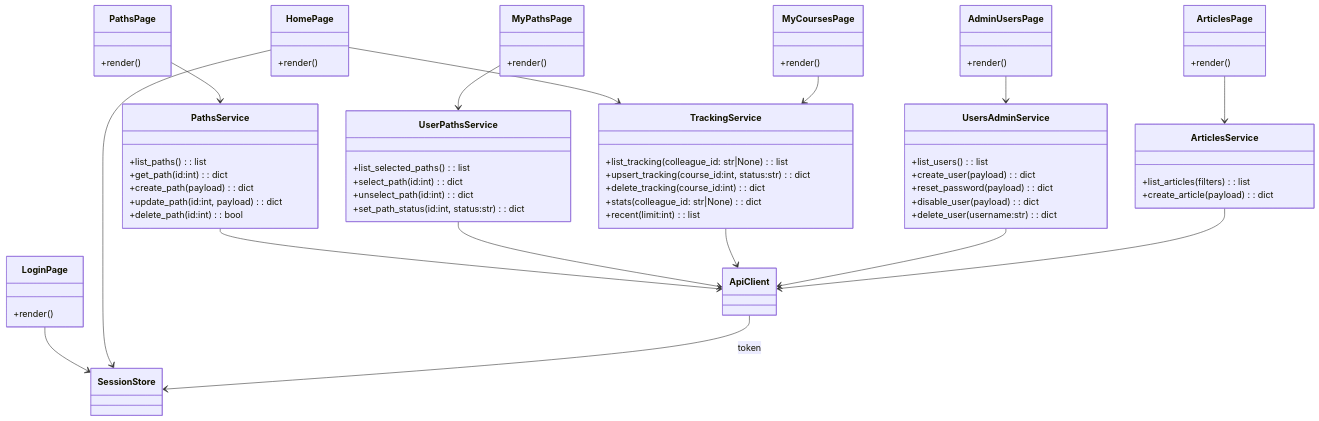
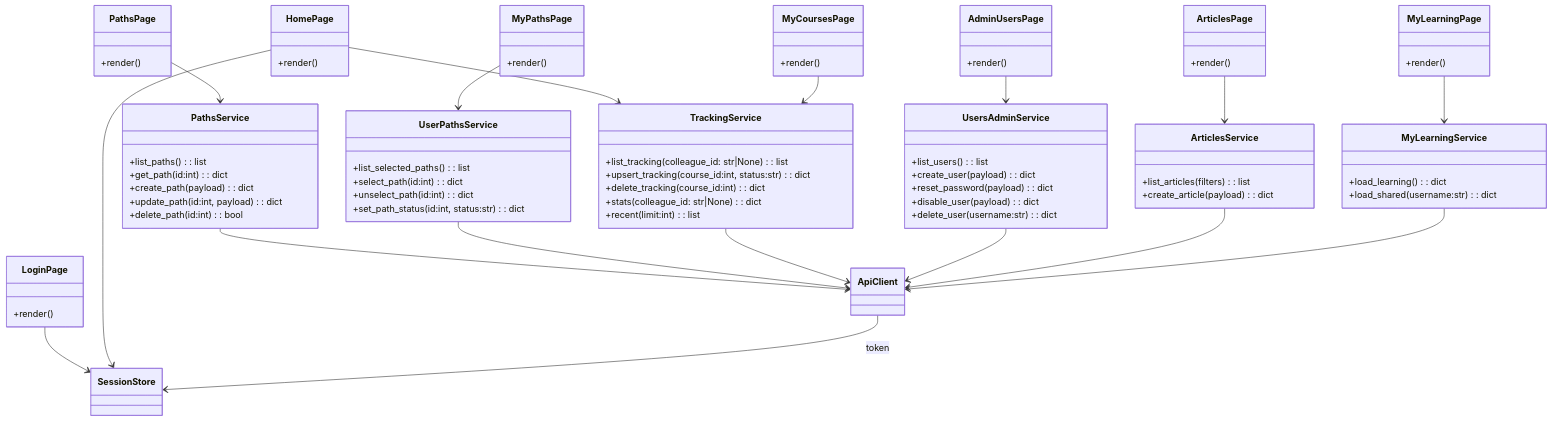
The third of 3 diagrams in docs/architecture_frontend.md (JustinMelger/Upstream), drawn with Mermaid before and after one commit. The commit also changed other lines of this file and 1 other file, not shown here.

Commit message:
docs: new page

````diff
--- a/docs/architecture_frontend.md
+++ b/docs/architecture_frontend.md
@@ -226,62 +251,70 @@
 ```mermaid
 classDiagram
   class PathsService {
     +list_paths(): list
     +get_path(id:int): dict
     +create_path(payload): dict
     +update_path(id:int, payload): dict
     +delete_path(id:int): bool
   }
 
   class UserPathsService {
     +list_selected_paths(): list
     +select_path(id:int): dict
     +unselect_path(id:int): dict
     +set_path_status(id:int, status:str): dict
   }
 
   class TrackingService {
     +list_tracking(colleague_id: str|None): list
     +upsert_tracking(course_id:int, status:str): dict
     +delete_tracking(course_id:int): dict
     +stats(colleague_id: str|None): dict
     +recent(limit:int): list
   }
 
   class UsersAdminService {
     +list_users(): list
     +create_user(payload): dict
     +reset_password(payload): dict
     +disable_user(payload): dict
     +delete_user(username:str): dict
   }
 
   class ArticlesService {
     +list_articles(filters): list
     +create_article(payload): dict
   }
 
+  class MyLearningService {
+    +load_learning(): dict
+    +load_shared(username:str): dict
+  }
+
   class LoginPage { +render() }
   class HomePage { +render() }
   class PathsPage { +render() }
   class MyPathsPage { +render() }
   class MyCoursesPage { +render() }
   class ArticlesPage { +render() }
+  class MyLearningPage { +render() }
   class AdminUsersPage { +render() }
 
   LoginPage --> SessionStore
   HomePage --> SessionStore
   HomePage --> TrackingService
   PathsPage --> PathsService
   MyPathsPage --> UserPathsService
   MyCoursesPage --> TrackingService
   ArticlesPage --> ArticlesService
+  MyLearningPage --> MyLearningService
   AdminUsersPage --> UsersAdminService
 
   PathsService --> ApiClient
   UserPathsService --> ApiClient
   TrackingService --> ApiClient
   UsersAdminService --> ApiClient
   ArticlesService --> ApiClient
+  MyLearningService --> ApiClient
   ApiClient --> SessionStore : token
 ```
````
